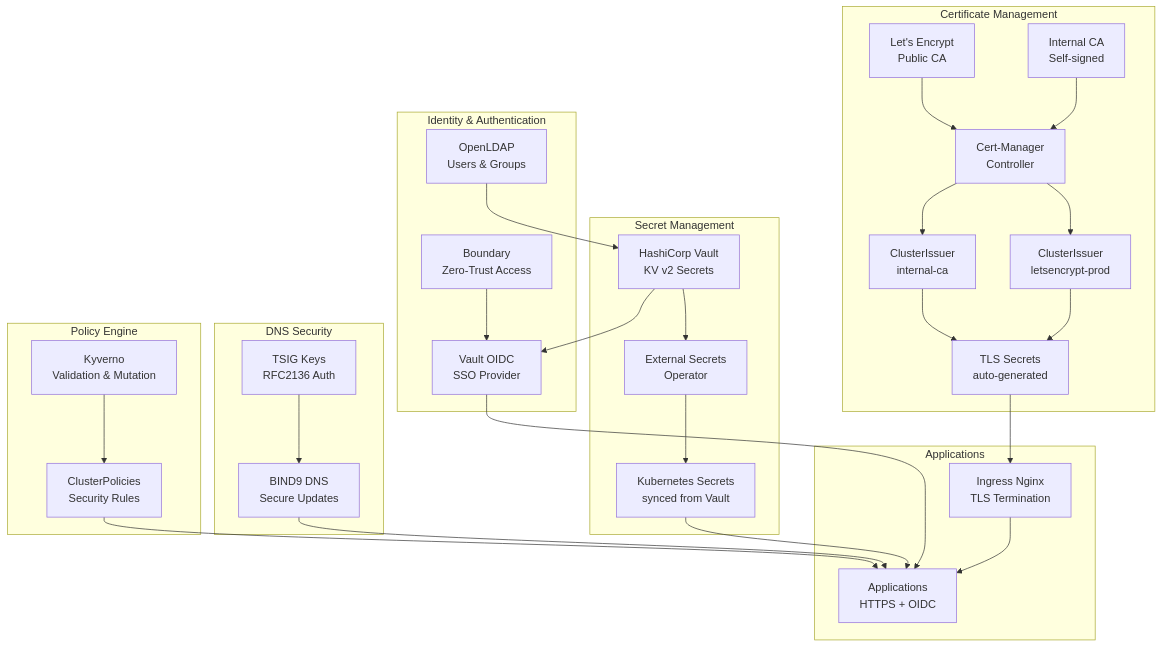
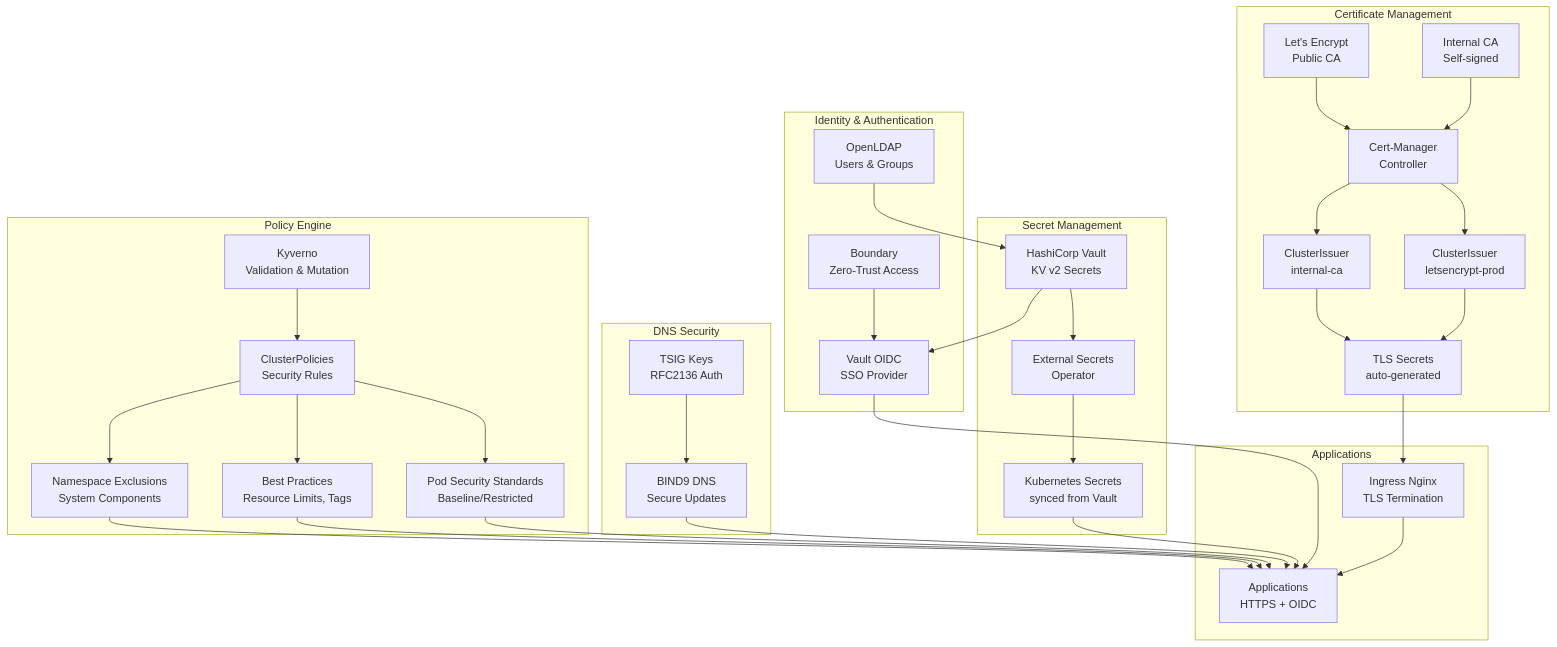
Diagram 12 of 13 in slides.md (Saske912/presentation), drawn with Mermaid before and after one commit. The commit also changed other lines of this file and 5 other files, not shown here.

````diff
--- a/slides.md
+++ b/slides.md
@@ -769,67 +923,75 @@
 ```mermaid
 graph TB
     subgraph "Certificate Management"
         LETSENCRYPT[Let's Encrypt<br/>Public CA]
         INTERNAL_CA[Internal CA<br/>Self-signed]
         CERT_MGR[Cert-Manager<br/>Controller]
         ISSUER_LE[ClusterIssuer<br/>letsencrypt-prod]
         ISSUER_CA[ClusterIssuer<br/>internal-ca]
         SECRETS[TLS Secrets<br/>auto-generated]
     end
     
     subgraph "Secret Management"
         VAULT[HashiCorp Vault<br/>KV v2 Secrets]
         ESO[External Secrets<br/>Operator]
         K8S_SECRETS[Kubernetes Secrets<br/>synced from Vault]
     end
     
     subgraph "Identity & Authentication"
         LDAP[OpenLDAP<br/>Users & Groups]
         OIDC[Vault OIDC<br/>SSO Provider]
         BOUNDARY[Boundary<br/>Zero-Trust Access]
     end
     
     subgraph "Applications"
         INGRESS[Ingress Nginx<br/>TLS Termination]
         APPS[Applications<br/>HTTPS + OIDC]
     end
     
     subgraph "DNS Security"
         TSIG[TSIG Keys<br/>RFC2136 Auth]
         BIND9[BIND9 DNS<br/>Secure Updates]
     end
     
     subgraph "Policy Engine"
         KYVERNO[Kyverno<br/>Validation & Mutation]
         POLICIES[ClusterPolicies<br/>Security Rules]
+        POD_SECURITY[Pod Security Standards<br/>Baseline/Restricted]
+        BEST_PRACTICES[Best Practices<br/>Resource Limits, Tags]
+        EXCLUSIONS[Namespace Exclusions<br/>System Components]
     end
     
     %% Certificate flow
     LETSENCRYPT --> CERT_MGR
     INTERNAL_CA --> CERT_MGR
     CERT_MGR --> ISSUER_LE
     CERT_MGR --> ISSUER_CA
     ISSUER_LE --> SECRETS
     ISSUER_CA --> SECRETS
     SECRETS --> INGRESS
     INGRESS --> APPS
     
     %% Secret management
     VAULT --> ESO
     ESO --> K8S_SECRETS
     K8S_SECRETS --> APPS
     
     %% Identity
     LDAP --> VAULT
     VAULT --> OIDC
     OIDC --> APPS
     BOUNDARY --> OIDC
     
     %% DNS Security
     TSIG --> BIND9
     BIND9 --> APPS
     
     %% Policy
     KYVERNO --> POLICIES
-    POLICIES --> APPS
+    POLICIES --> POD_SECURITY
+    POLICIES --> BEST_PRACTICES
+    POLICIES --> EXCLUSIONS
+    POD_SECURITY --> APPS
+    BEST_PRACTICES --> APPS
+    EXCLUSIONS --> APPS
 ```
````
